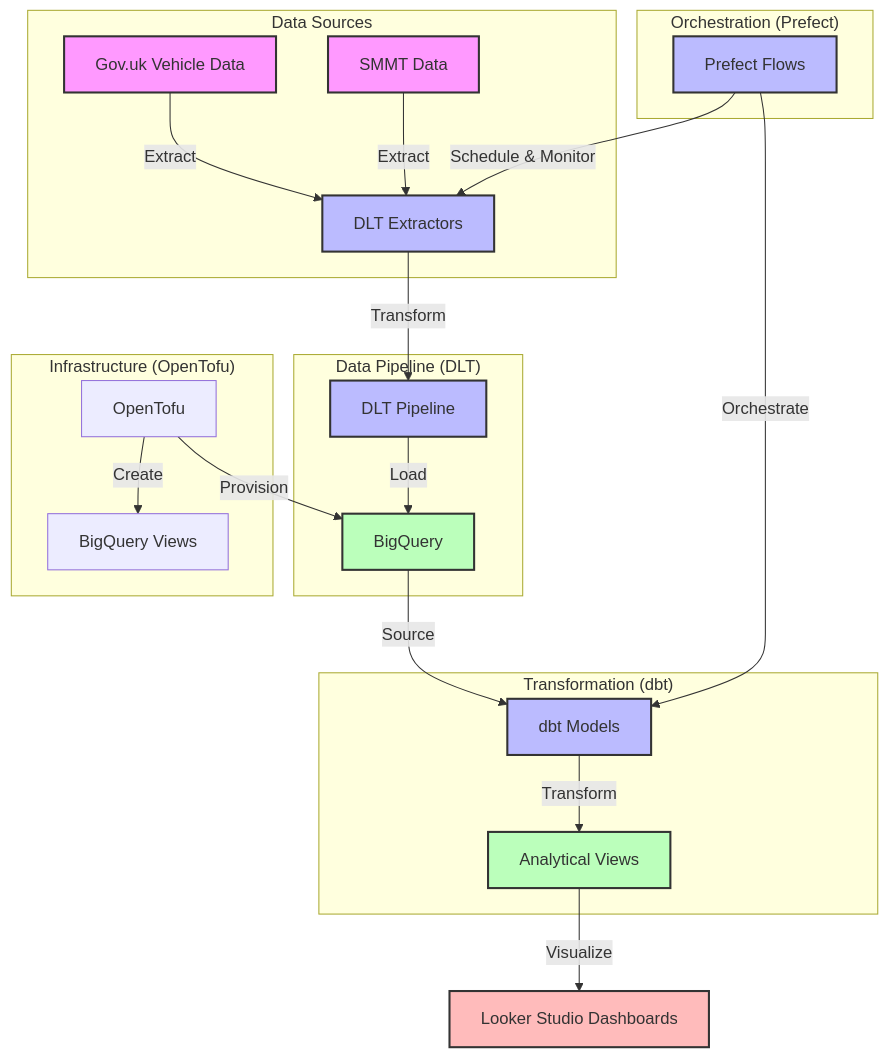
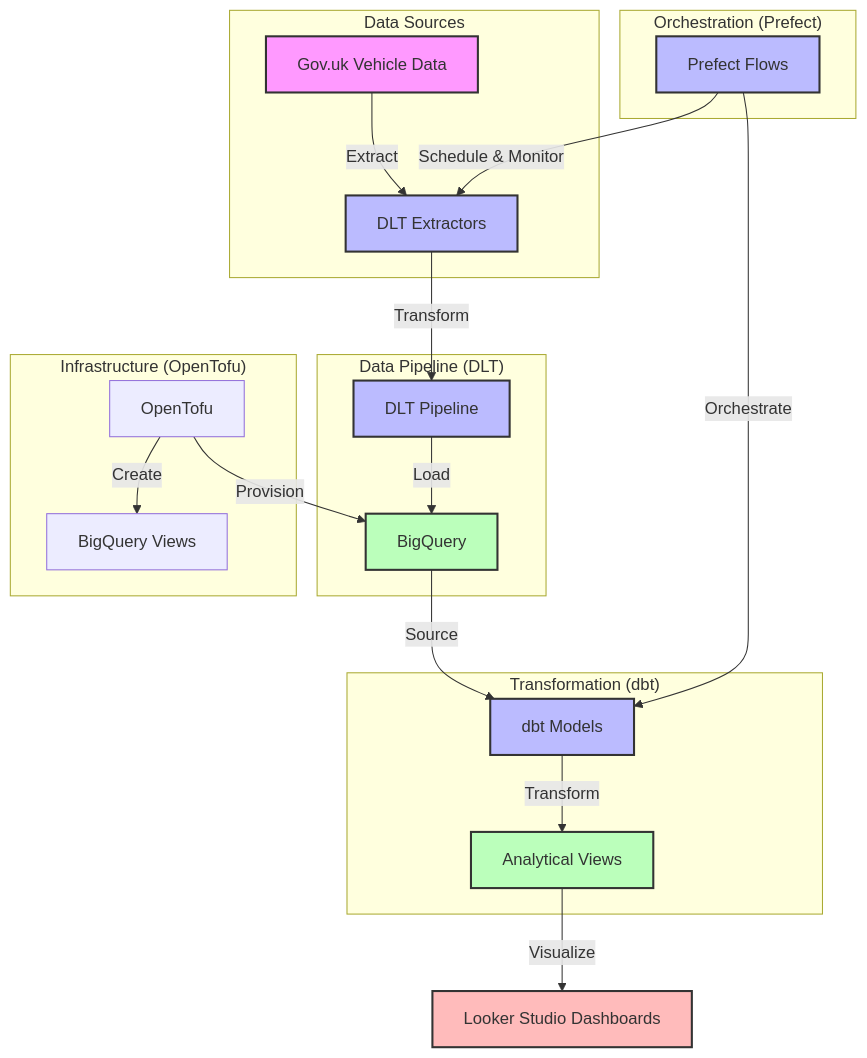
Before and after one commit to chrisgilbert/de-zoomcamp-project: the diagram in readme.md, drawn with Mermaid.

Commit message:
fix: remove smmt source

````diff
--- a/readme.md
+++ b/readme.md
@@ -13,39 +13,38 @@
 ```mermaid
 graph TD
     subgraph "Data Sources"
         A[Gov.uk Vehicle Data] -->|Extract| C
-        B[SMMT Data] -->|Extract| C
     end
     
     subgraph "Data Pipeline (DLT)"
         C[DLT Extractors] -->|Transform| D[DLT Pipeline]
         D -->|Load| E[BigQuery]
     end
     
     subgraph "Infrastructure (OpenTofu)"
         T[OpenTofu] -->|Provision| E
         T -->|Create| V[BigQuery Views]
     end
     
     subgraph "Transformation (dbt)"
         E -->|Source| F[dbt Models]
         F -->|Transform| G[Analytical Views]
     end
     
     subgraph "Orchestration (Prefect)"
         P[Prefect Flows] -->|Schedule & Monitor| C
         P -->|Orchestrate| F
     end
     
     G -->|Visualize| H[Looker Studio Dashboards]
     
     classDef source fill:#f9f,stroke:#333,stroke-width:2px
     classDef process fill:#bbf,stroke:#333,stroke-width:2px
     classDef storage fill:#bfb,stroke:#333,stroke-width:2px
     classDef viz fill:#fbb,stroke:#333,stroke-width:2px
     
     class A,B source
     class C,D,F,P process
     class E,G storage
     class H viz
 ```
````
